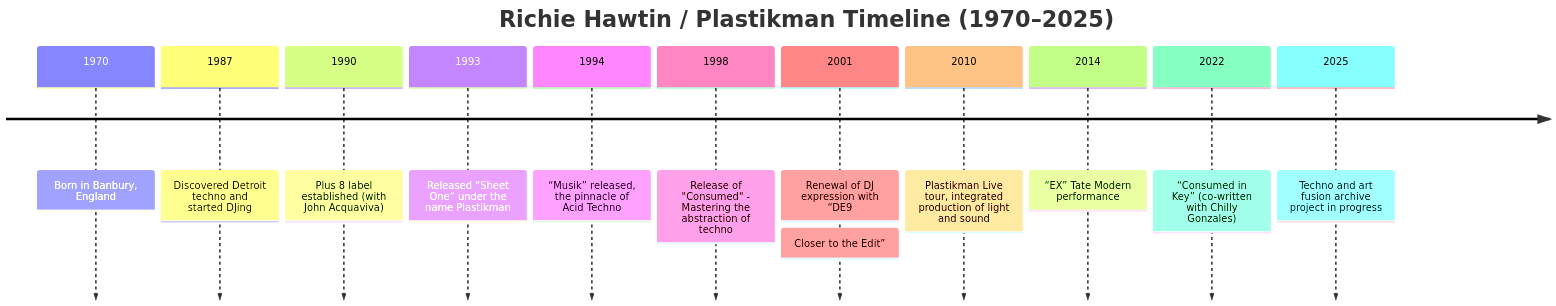
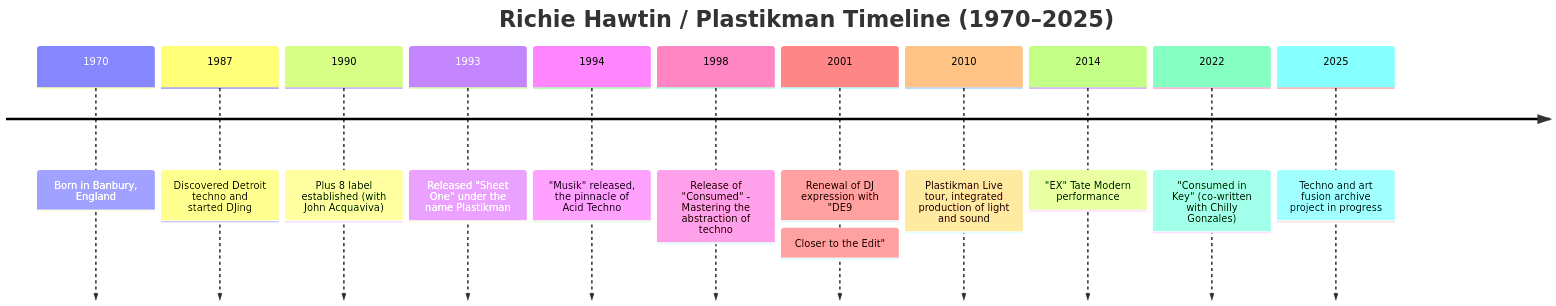
The sixth of 7 diagrams in en/_posts/2025-10-24-column-plastikman-richie-hawtin.md (monumental-movement/monumental-movement.github.io), drawn with Mermaid before and after one commit. The commit also changed other lines of this file and 1697 other files, not shown here.

```diff
--- a/en/_posts/2025-10-24-column-plastikman-richie-hawtin.md
+++ b/en/_posts/2025-10-24-column-plastikman-richie-hawtin.md
@@ -257,17 +260,17 @@
 <div class="mermaid">
 
 timeline
 title Richie Hawtin / Plastikman Timeline (1970–2025)
 1970 : Born in Banbury, England
 1987: Discovered Detroit techno and started DJing
 1990: Plus 8 label established (with John Acquaviva)
-1993: Released “Sheet One” under the name Plastikman
-1994: “Musik” released, the pinnacle of Acid Techno
+1993: Released "Sheet One" under the name Plastikman
+1994: "Musik" released, the pinnacle of Acid Techno
 1998: Release of "Consumed" - Mastering the abstraction of techno
-2001: Renewal of DJ expression with “DE9: Closer to the Edit”
+2001: Renewal of DJ expression with "DE9: Closer to the Edit"
 2010 : Plastikman Live tour, integrated production of light and sound
-2014 : “EX” Tate Modern performance
-2022: “Consumed in Key” (co-written with Chilly Gonzales)
+2014 : "EX" Tate Modern performance
+2022: "Consumed in Key" (co-written with Chilly Gonzales)
 2025: Techno and art fusion archive project in progress
 
 </div>
```
